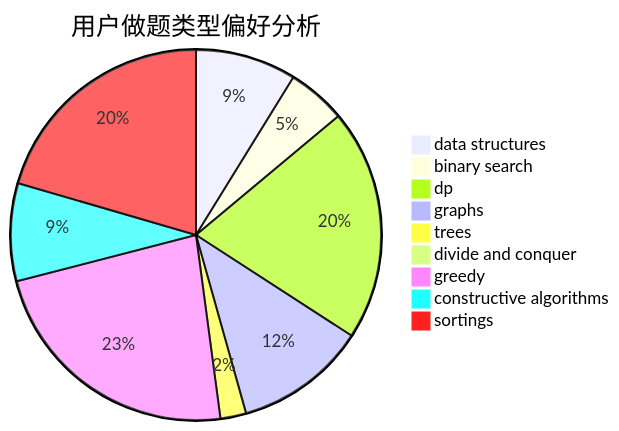
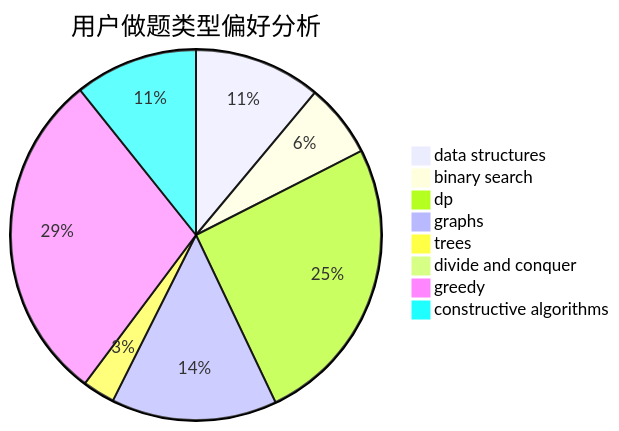
Before and after one commit to sherpahu/cfrs.github.io: the second of 3 diagrams in docs/user/u551.md, drawn with Mermaid. The commit also changed other lines of this file and 2769 other files, not shown here.

````diff
--- a/docs/user/u551.md
+++ b/docs/user/u551.md
@@ -18,12 +18,11 @@
 ```mermaid
 pie title 用户做题类型偏好分析
     "data structures" :  98
     "binary search" :  57
     "dp" :  225
     "graphs" :  128
     "trees" :  25
     "divide and conquer" :  0
     "greedy" :  257
     "constructive algorithms" :  95
-    "sortings" :  228
 ```
````
